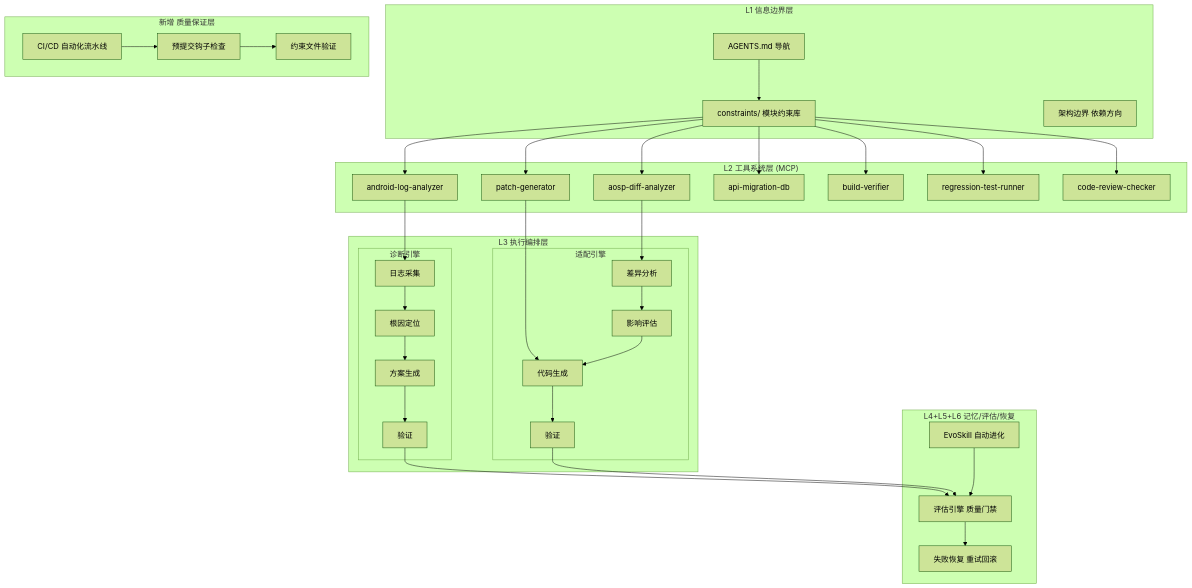
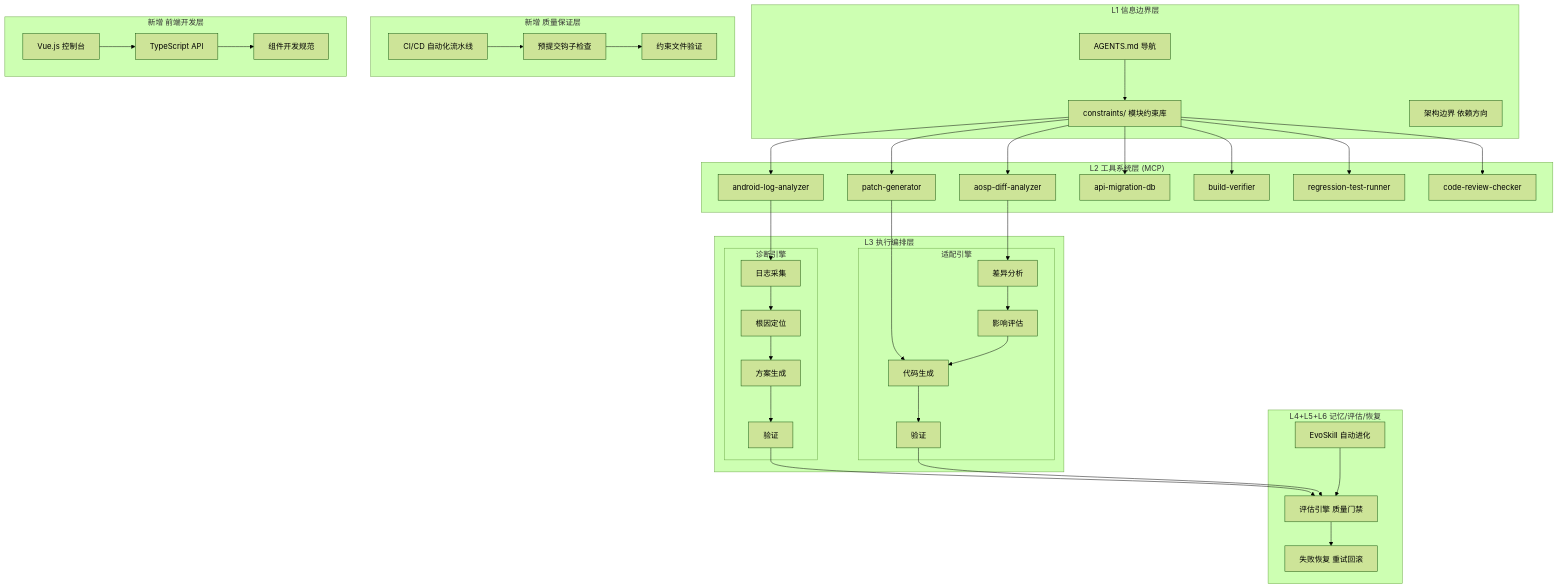
One commit to afcartevil/automated-test-script changed the second of 17 diagrams in .qoder/repowiki/zh/content/开发者指南.md. Above: the diagram before and after it, drawn with Mermaid (forest theme). The commit also changed other lines of this file and 650 other files, not shown here.

````diff
--- a/.qoder/repowiki/zh/content/开发者指南.md
+++ b/.qoder/repowiki/zh/content/开发者指南.md
@@ -114,62 +140,68 @@
 ```mermaid
 graph TB
 subgraph "L1 信息边界层"
 A1["AGENTS.md 导航"]
 A2["constraints/ 模块约束库"]
 A3["架构边界 依赖方向"]
 end
 subgraph "L2 工具系统层 (MCP)"
 T1["android-log-analyzer"]
 T2["aosp-diff-analyzer"]
 T3["patch-generator"]
 T4["api-migration-db"]
 T5["build-verifier"]
 T6["regression-test-runner"]
 T7["code-review-checker"]
 end
 subgraph "L3 执行编排层"
 subgraph "诊断引擎"
 D1["日志采集"]
 D2["根因定位"]
 D3["方案生成"]
 D4["验证"]
 end
 subgraph "适配引擎"
 E1["差异分析"]
 E2["影响评估"]
 E3["代码生成"]
 E4["验证"]
 end
 end
 subgraph "L4+L5+L6 记忆/评估/恢复"
 F1["EvoSkill 自动进化"]
 F2["评估引擎 质量门禁"]
 F3["失败恢复 重试回滚"]
 end
 subgraph "新增 质量保证层"
 G1["CI/CD 自动化流水线"]
 G2["预提交钩子检查"]
 G3["约束文件验证"]
 end
+subgraph "新增 前端开发层"
+H1["Vue.js 控制台"]
+H2["TypeScript API"]
+H3["组件开发规范"]
+end
 A1 --> A2 --> T1
 A2 --> T2
 A2 --> T3
 A2 --> T4
 A2 --> T5
 A2 --> T6
 A2 --> T7
 T1 --> D1
 T2 --> E1
 T3 --> E3
 D1 --> D2
 D2 --> D3
 D3 --> D4
 E1 --> E2
 E2 --> E3
 E3 --> E4
 D4 --> F2
 E4 --> F2
 F1 --> F2
 F2 --> F3
 G1 --> G2 --> G3
+H1 --> H2 --> H3
 ```
````
